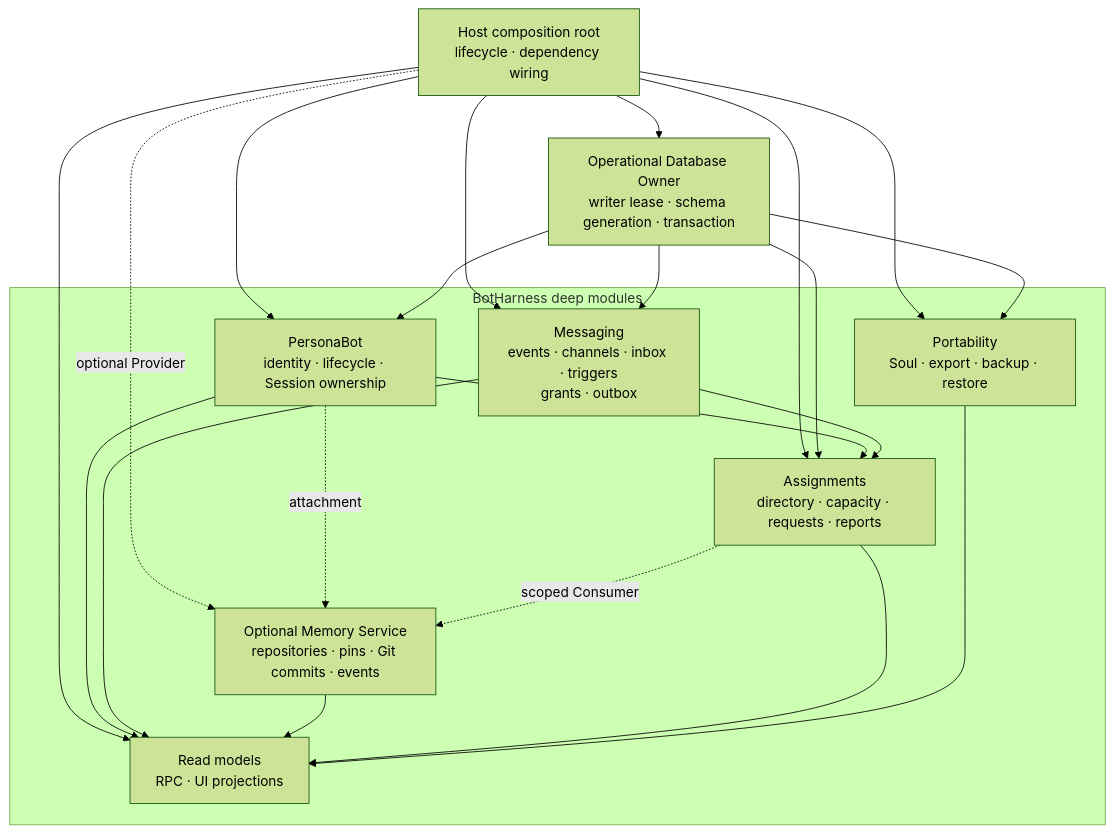
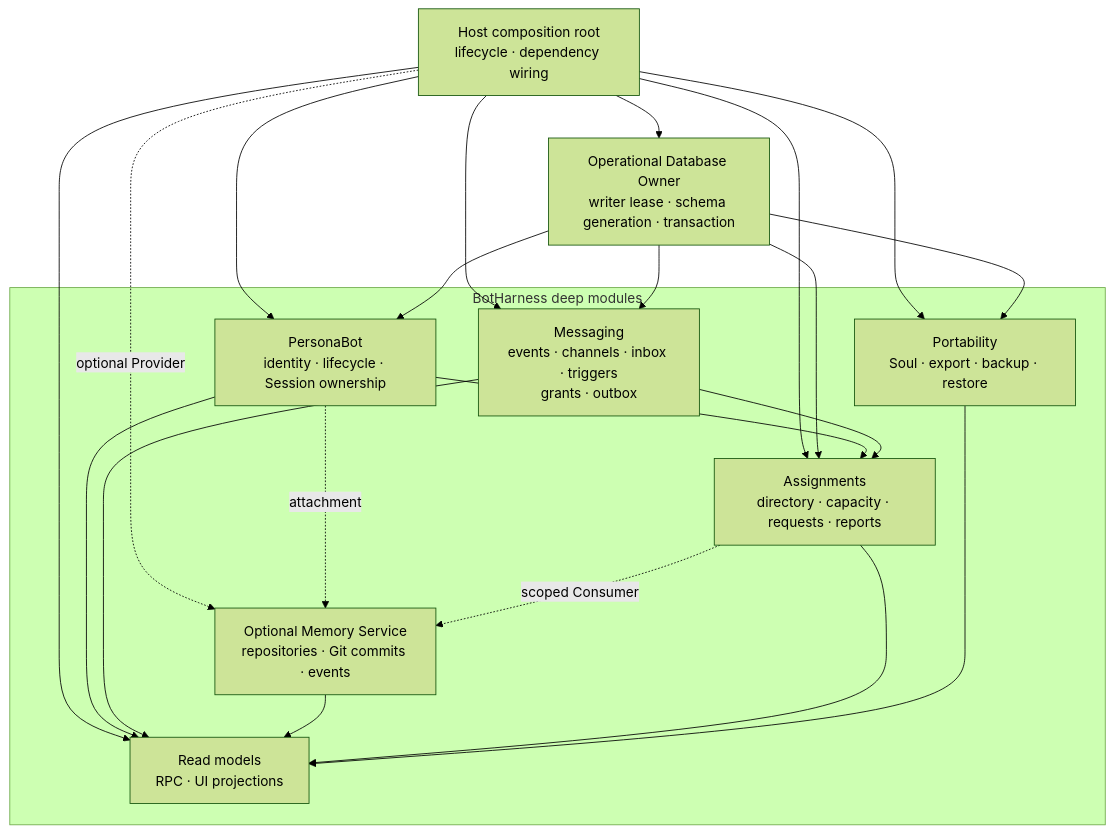
One commit to BotHarness/BotHarness changed the second of 6 diagrams in docs/architecture/botharness-architecture.en.md. Above: the diagram before and after it, drawn with Mermaid (forest theme). The commit also changed other lines of this file and 14 other files, not shown here.

````diff
--- a/docs/architecture/botharness-architecture.en.md
+++ b/docs/architecture/botharness-architecture.en.md
@@ -72,35 +72,35 @@
 ```mermaid
 flowchart TB
   Root["Host composition root<br/>lifecycle · dependency wiring"]
   DB["Operational Database Owner<br/>writer lease · schema generation · transaction"]
 
   subgraph Modules["BotHarness deep modules"]
     Bots["PersonaBot<br/>identity · lifecycle · Session ownership"]
-    Memory["Optional Memory Service<br/>repositories · pins · Git commits · events"]
+    Memory["Optional Memory Service<br/>repositories · Git commits · events"]
     Msg["Messaging<br/>events · channels · inbox · triggers<br/>grants · outbox"]
     Assignments["Assignments<br/>directory · capacity · requests · reports"]
     Portable["Portability<br/>Soul · export · backup · restore"]
     Views["Read models<br/>RPC · UI projections"]
   end
 
   Root --> DB
   Root --> Bots
   Root -. optional Provider .-> Memory
   Root --> Msg
   Root --> Assignments
   Root --> Portable
   Root --> Views
   DB --> Bots
   DB --> Msg
   DB --> Assignments
   DB --> Portable
   Bots -. attachment .-> Memory
   Bots --> Assignments
   Msg --> Assignments
   Bots --> Views
   Msg --> Views
   Assignments -. scoped Consumer .-> Memory
   Memory --> Views
   Assignments --> Views
   Portable --> Views
 ```
````
